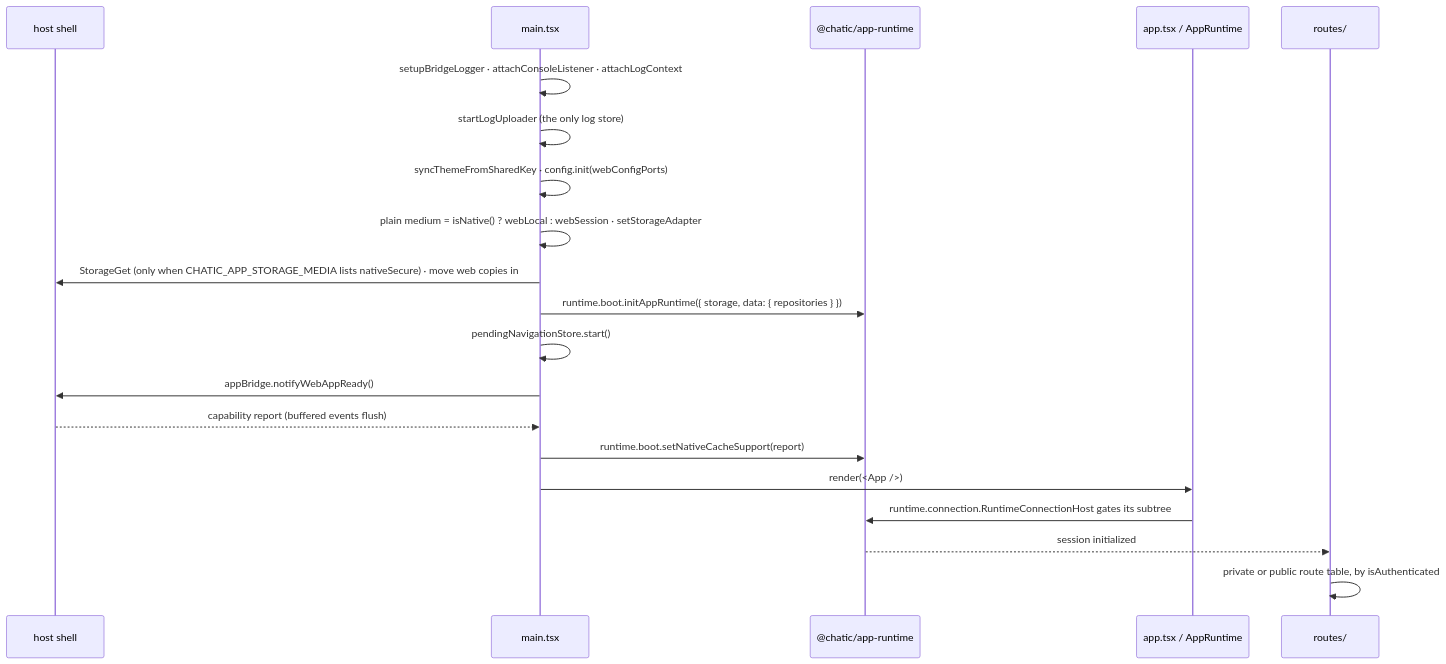
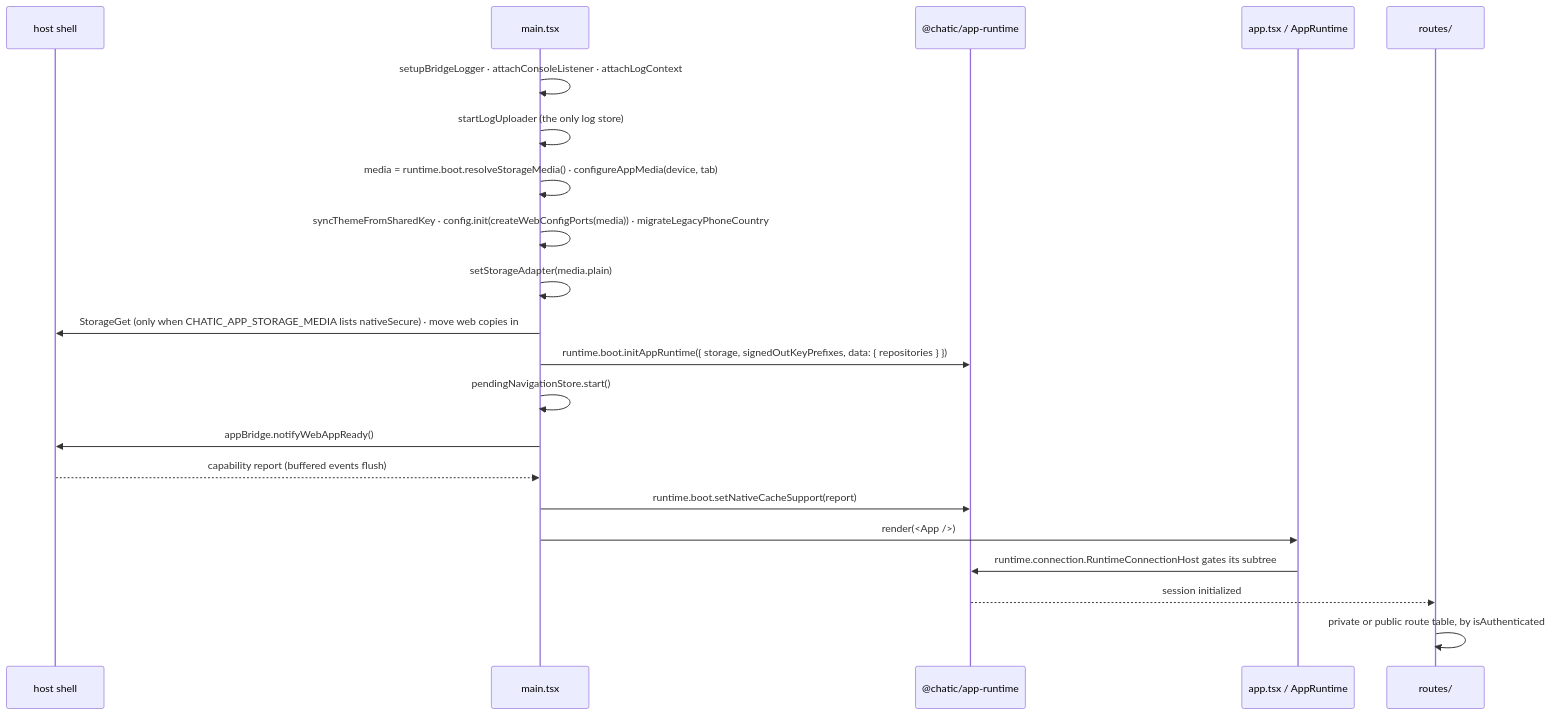
The second of 2 diagrams in apps/web/README.md (lemoncloud-io/dou-app), drawn with Mermaid before and after one commit. The commit also changed other lines of this file and 62 other files, not shown here.

First line of the commit message:
refactor(web,app-runtime,storage,auth,config,shared): reach web storage only via media (ADR-0296)

````diff
--- a/apps/web/README.md
+++ b/apps/web/README.md
@@ -146,23 +146,24 @@
 ```mermaid
 sequenceDiagram
     participant Shell as host shell
     participant Main as main.tsx
     participant RT as @chatic/app-runtime
     participant App as app.tsx / AppRuntime
     participant Router as routes/
 
     Main->>Main: setupBridgeLogger · attachConsoleListener · attachLogContext
     Main->>Main: startLogUploader (the only log store)
-    Main->>Main: syncThemeFromSharedKey · config.init(webConfigPorts)
-    Main->>Main: plain medium = isNative() ? webLocal : webSession · setStorageAdapter
+    Main->>Main: media = runtime.boot.resolveStorageMedia() · configureAppMedia(device, tab)
+    Main->>Main: syncThemeFromSharedKey · config.init(createWebConfigPorts(media)) · migrateLegacyPhoneCountry
+    Main->>Main: setStorageAdapter(media.plain)
     Main->>Shell: StorageGet (only when CHATIC_APP_STORAGE_MEDIA lists nativeSecure) · move web copies in
-    Main->>RT: runtime.boot.initAppRuntime({ storage, data: { repositories } })
+    Main->>RT: runtime.boot.initAppRuntime({ storage, signedOutKeyPrefixes, data: { repositories } })
     Main->>Main: pendingNavigationStore.start()
     Main->>Shell: appBridge.notifyWebAppReady()
     Shell-->>Main: capability report (buffered events flush)
     Main->>RT: runtime.boot.setNativeCacheSupport(report)
     Main->>App: render(<App />)
     App->>RT: runtime.connection.RuntimeConnectionHost gates its subtree
     RT-->>Router: session initialized
     Router->>Router: private or public route table, by isAuthenticated
 ```
````
